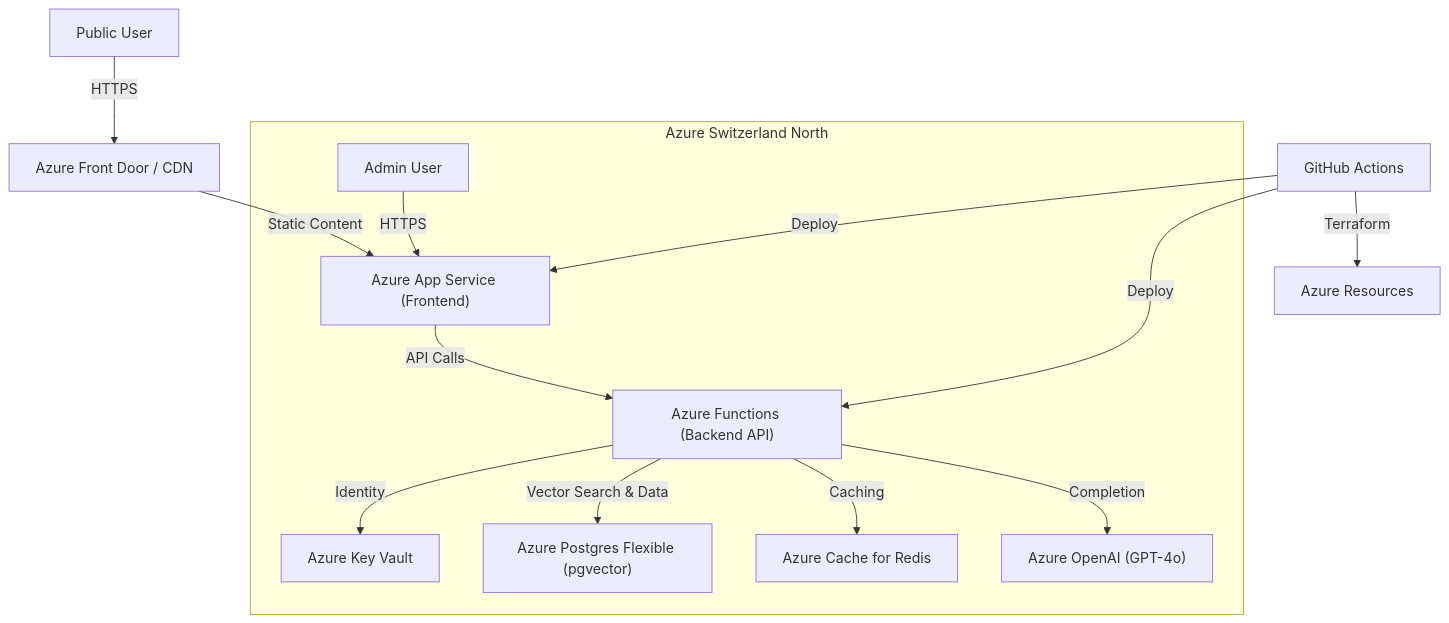
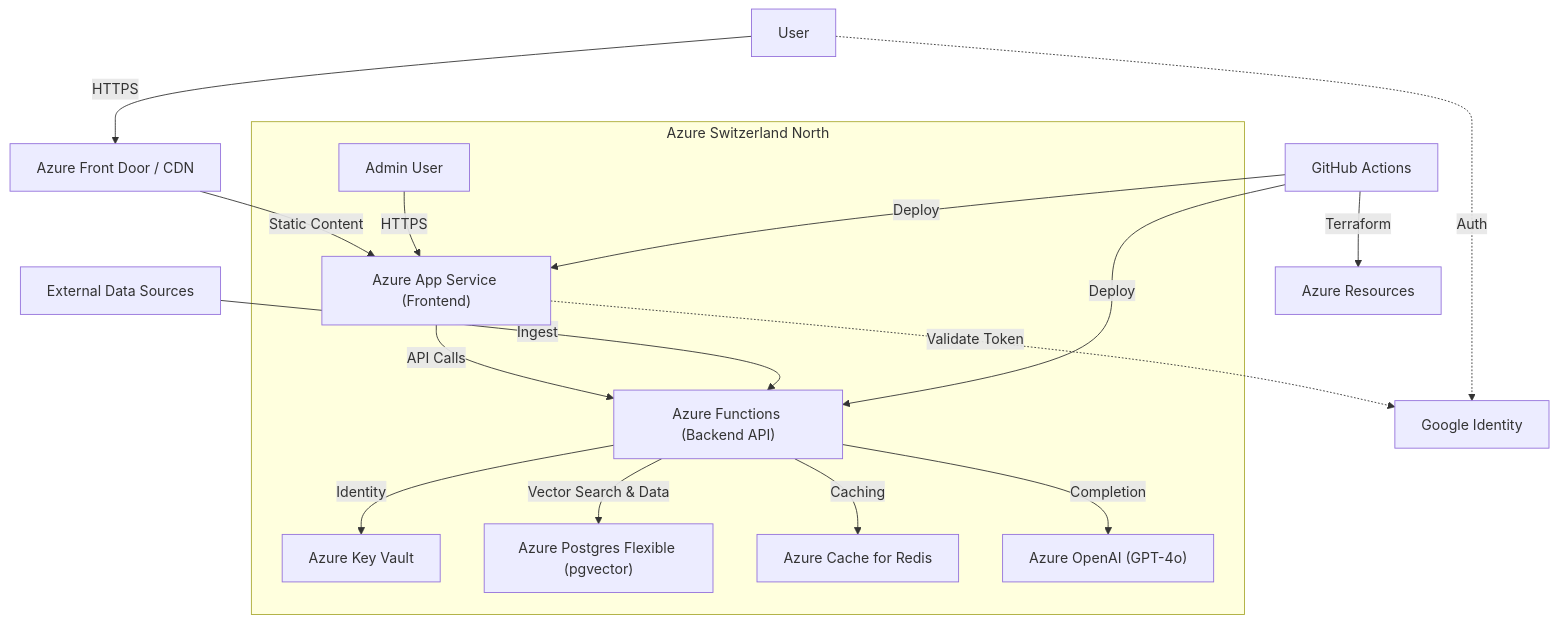
One commit to fpittelo/alpinebot2 changed the diagram in specifications.md. Above: the diagram before and after it, drawn with Mermaid.

Commit message:
specs update

````diff
--- a/specifications.md
+++ b/specifications.md
@@ -15,18 +15,23 @@
 ```mermaid
 graph TD
-    User[Public User] -->|HTTPS| CDN[Azure Front Door / CDN]
+    User[User] -->|HTTPS| CDN[Azure Front Door / CDN]
     CDN -->|Static Content| WebApp["Azure App Service (Frontend)"]
     WebApp -->|API Calls| Func["Azure Functions (Backend API)"]
+
+    User -.->|Auth| Google[Google Identity]
+    WebApp -.->|Validate Token| Google
 
     subgraph "Azure Switzerland North"
         Func -->|Identity| KV[Azure Key Vault]
         Func -->|Vector Search & Data| DB["Azure Postgres Flexible (pgvector)"]
         Func -->|Caching| Redis[Azure Cache for Redis]
         Func -->|Completion| OpenAI["Azure OpenAI (GPT-4o)"]
         Admin[Admin User] -->|HTTPS| WebApp
     end
 
+    ExternalData[External Data Sources] -->|Ingest| Func
+
     GitHub[GitHub Actions] -->|Deploy| WebApp
     GitHub -->|Deploy| Func
     GitHub -->|Terraform| AzureRes[Azure Resources]
 ```
````
